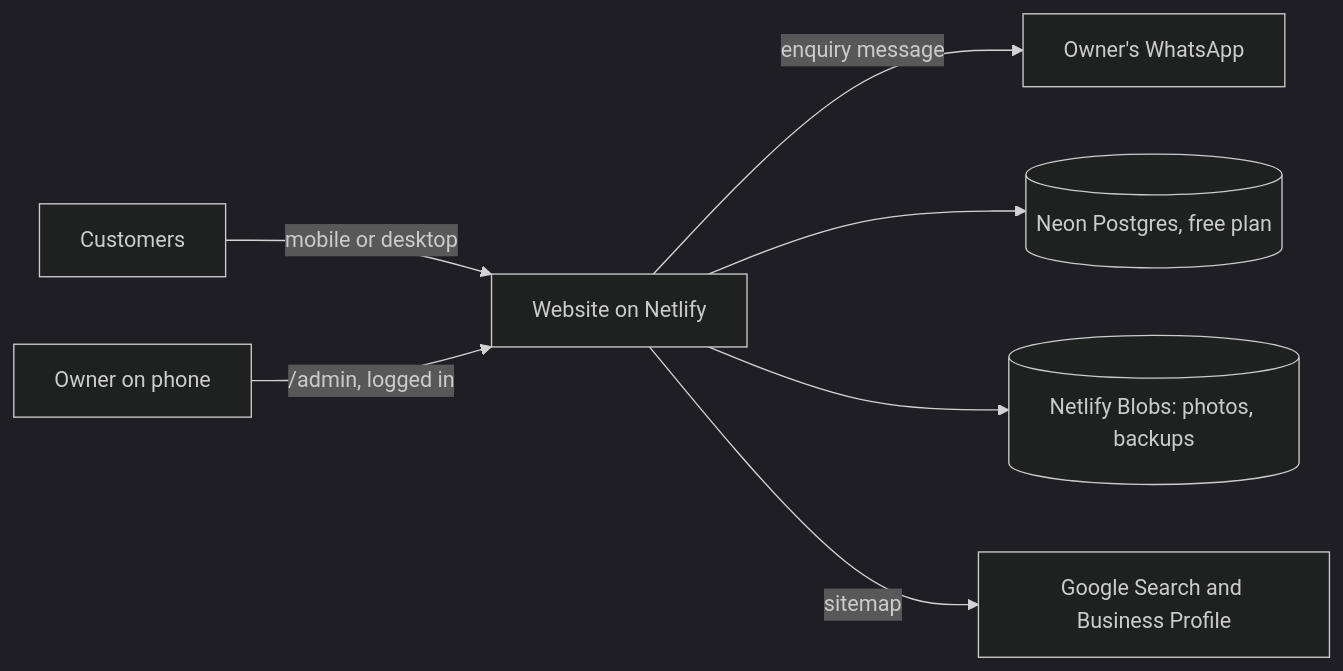
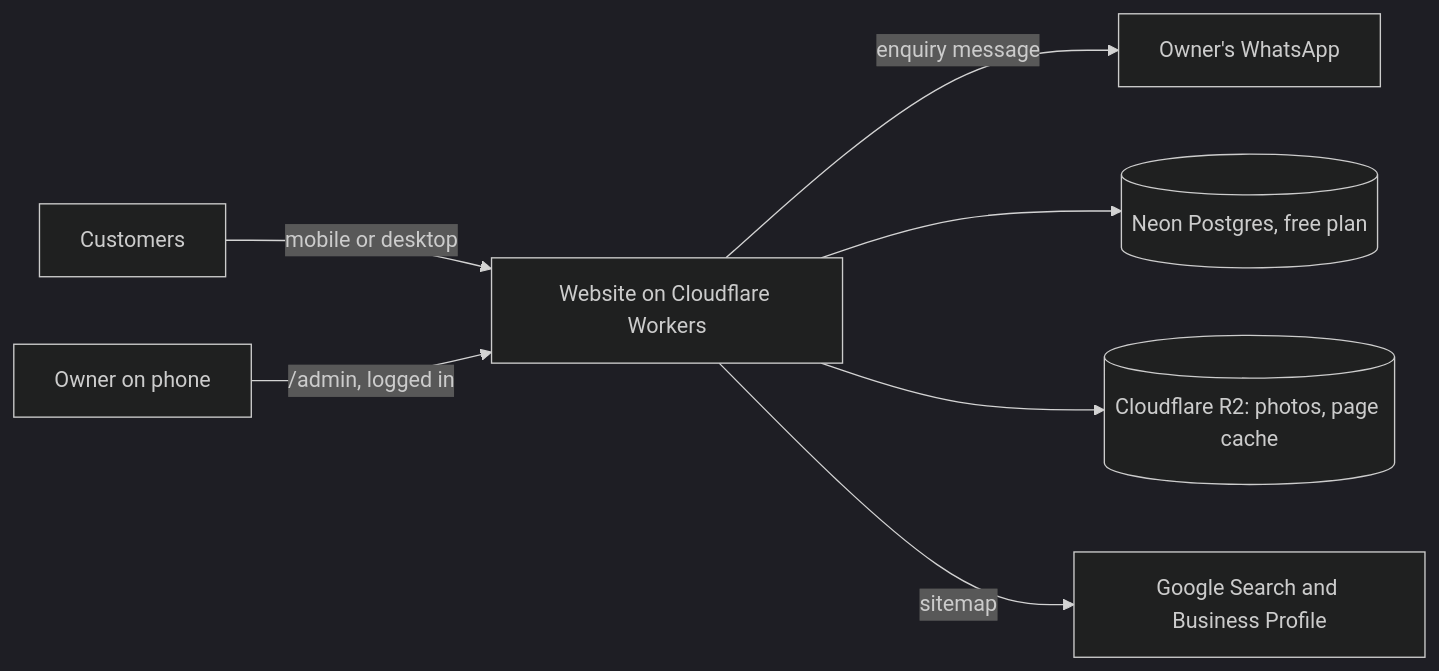
The first of 3 diagrams in docs/ARCHITECTURE.md (shubhamdsk/shree-balaji-paints-plywood-hardware), drawn with Mermaid (dark theme) before and after one commit. The commit also changed other lines of this file and 26 other files, not shown here.

First line of the commit message:
feat: move hosting from Netlify to Cloudflare Workers

````diff
--- a/docs/ARCHITECTURE.md
+++ b/docs/ARCHITECTURE.md
@@ -27,9 +27,9 @@
 ```mermaid
 flowchart LR
-  Customers[Customers] -->|mobile or desktop| Site[Website on Netlify]
+  Customers[Customers] -->|mobile or desktop| Site[Website on Cloudflare Workers]
   Site -->|enquiry message| WhatsApp[Owner's WhatsApp]
   Owner[Owner on phone] -->|/admin, logged in| Site
   Site --> DB[(Neon Postgres, free plan)]
-  Site --> Blobs[(Netlify Blobs: photos, backups)]
+  Site --> R2[(Cloudflare R2: photos, page cache)]
   Site -->|sitemap| Google[Google Search and Business Profile]
 ```
````
